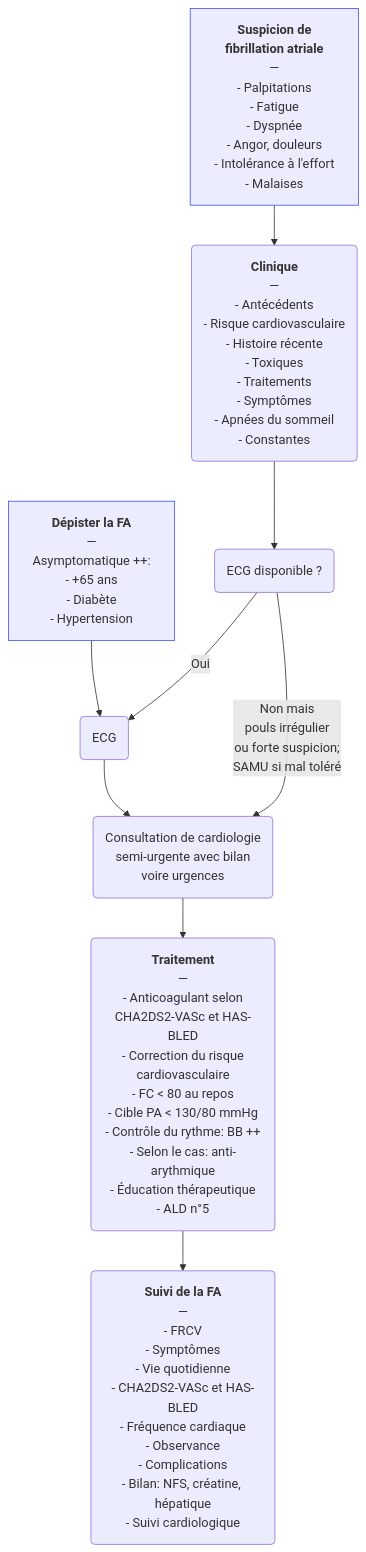
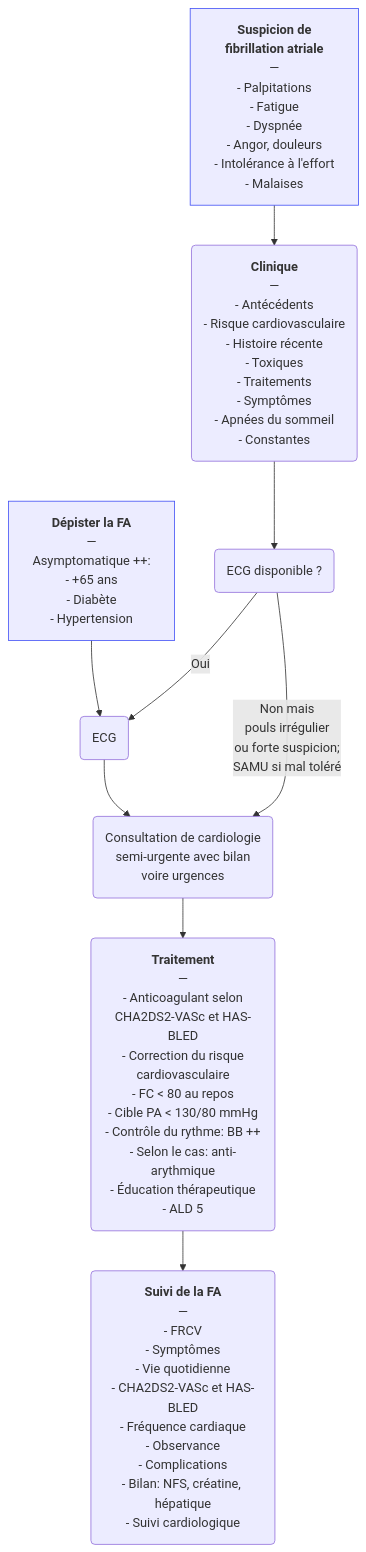
Before and after one commit to djibe/recommandations-medicales: the diagram in content/recommandations/fibrillation-atriale.md, drawn with Mermaid. The commit also changed 12 other files, not shown here.

```diff
--- a/content/recommandations/fibrillation-atriale.md
+++ b/content/recommandations/fibrillation-atriale.md
@@ -392,8 +392,8 @@
 {{< mermaid title="Prise en charge de la fibrillation atriale par le médecin généraliste. Drs Alaedine Benani et JB Fron d'après ESC, ESH et HAS" >}}
 graph TB
-  dépistage["<b>Dépister la FA</b><br>—<br>Asymptomatique ++:<br>- +65 ans<br>- Diabète<br>- Hypertension"] --> ECG(ECG) --> cardiologue("Consultation de cardiologie<br>semi-urgente avec bilan<br>voire urgences") --> traitement("<b>Traitement</b><br>—<br>- Anticoagulant selon<br>CHA2DS2-VASc et HAS-BLED<br>- Correction du risque<br>cardiovasculaire<br>- FC &lt; 80 au repos<br>- Cible PA &lt; 130/80 mmHg<br>- Contrôle du rythme: BB ++<br>- Selon le cas: anti-arythmique<br>- Éducation thérapeutique<br>- ALD n°5")  --> suivi("<b>Suivi de la FA</b><br>—<br>- FRCV<br>- Symptômes<br>- Vie quotidienne<br>- CHA2DS2-VASc et HAS-BLED<br>- Fréquence cardiaque<br>- Observance<br>- Complications<br>- Bilan: NFS, créatine, hépatique<br>- Suivi cardiologique")
+  dépistage["<b>Dépister la FA</b><br>—<br>Asymptomatique ++:<br>- +65 ans<br>- Diabète<br>- Hypertension"] --> ECG(ECG) --> cardiologue("Consultation de cardiologie<br>semi-urgente avec bilan<br>voire urgences") --> traitement("<b>Traitement</b><br>—<br>- Anticoagulant selon<br>CHA2DS2-VASc et HAS-BLED<br>- Correction du risque<br>cardiovasculaire<br>- FC &lt; 80 au repos<br>- Cible PA &lt; 130/80 mmHg<br>- Contrôle du rythme: BB ++<br>- Selon le cas: anti-arythmique<br>- Éducation thérapeutique<br>- ALD 5")  --> suivi("<b>Suivi de la FA</b><br>—<br>- FRCV<br>- Symptômes<br>- Vie quotidienne<br>- CHA2DS2-VASc et HAS-BLED<br>- Fréquence cardiaque<br>- Observance<br>- Complications<br>- Bilan: NFS, créatine, hépatique<br>- Suivi cardiologique")
   suspicion["<b>Suspicion de<br>fibrillation atriale</b><br>—<br>- Palpitations<br>- Fatigue<br>- Dyspnée<br>- Angor, douleurs<br>- Intolérance à l'effort<br>- Malaises"] --> clinique("<b>Clinique</b><br>—<br>- Antécédents<br>- Risque cardiovasculaire<br>- Histoire récente<br>- Toxiques<br>- Traitements<br>- Symptômes<br>- Apnées du sommeil<br>- Constantes") --> disponible("ECG disponible ?") -- Oui --> ECG
     disponible -- "Non mais<br>pouls irrégulier<br>ou forte suspicion;<br>SAMU si mal toléré" --> cardiologue
   style dépistage stroke:#4150f5, stroke-width:1px
   style suspicion stroke:#4150f5, stroke-width:1px
 {{< /mermaid >}}
```
